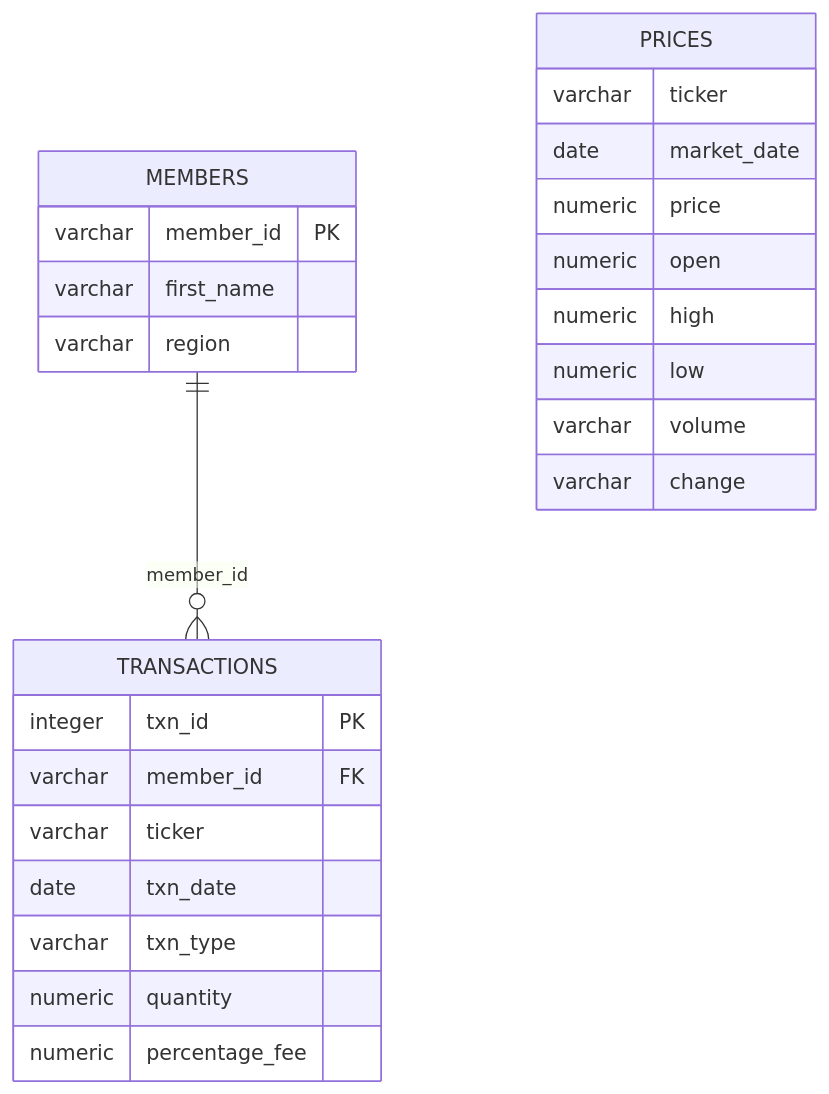
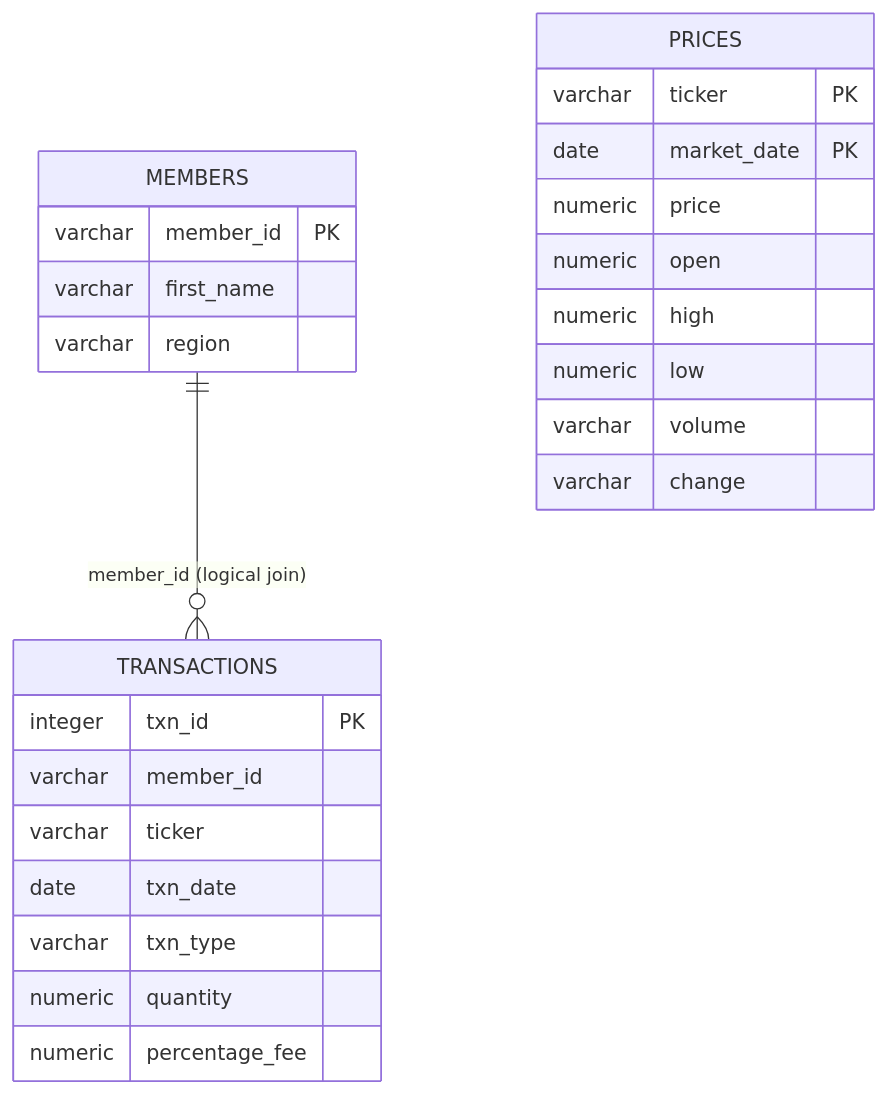
Before and after one commit to rraj12345/SQL-Project-Crypto: the diagram in README.md, drawn with Mermaid. The commit also changed other lines of this file, not shown here.

````diff
--- a/README.md
+++ b/README.md
@@ -45,28 +31,28 @@
 ```mermaid
 erDiagram
-    MEMBERS ||--o{ TRANSACTIONS : "member_id"
+    MEMBERS ||--o{ TRANSACTIONS : "member_id (logical join)"
     PRICES {
-        varchar ticker
-        date market_date
+        varchar ticker PK
+        date market_date PK
         numeric price
         numeric open
         numeric high
         numeric low
         varchar volume
         varchar change
     }
     MEMBERS {
         varchar member_id PK
         varchar first_name
         varchar region
     }
     TRANSACTIONS {
         integer txn_id PK
-        varchar member_id FK
+        varchar member_id
         varchar ticker
         date txn_date
         varchar txn_type
         numeric quantity
         numeric percentage_fee
     }
 ```
````
